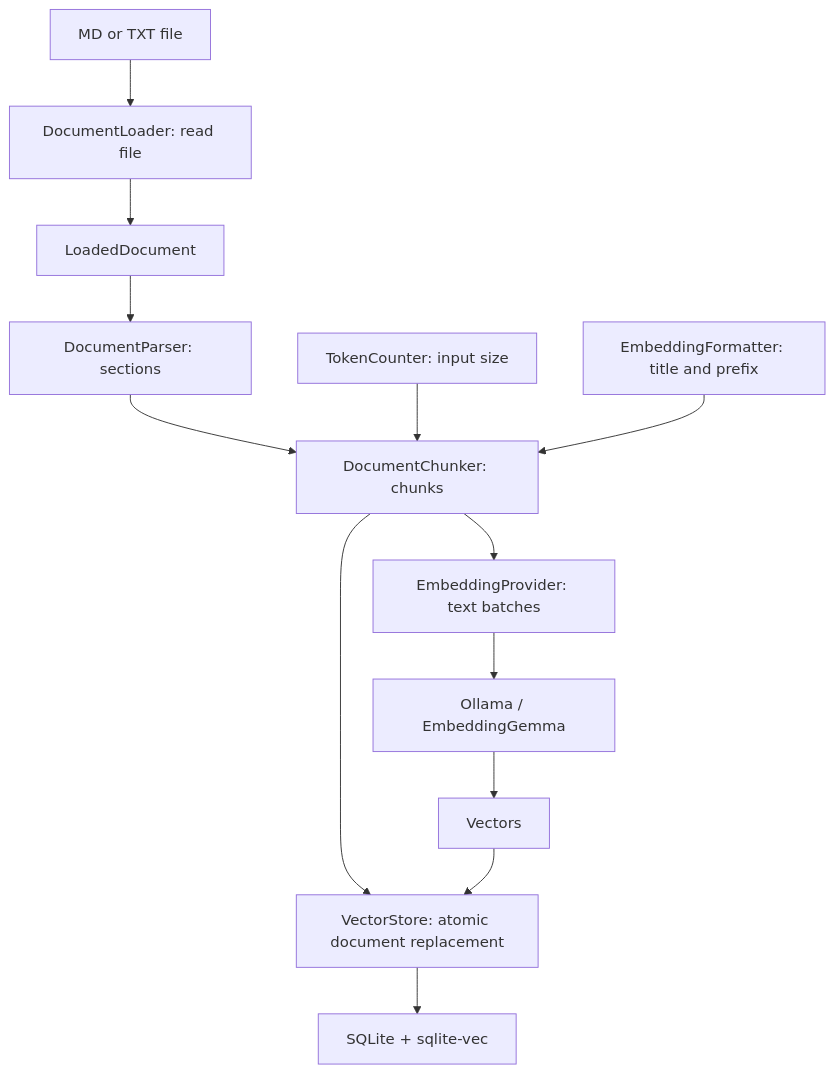
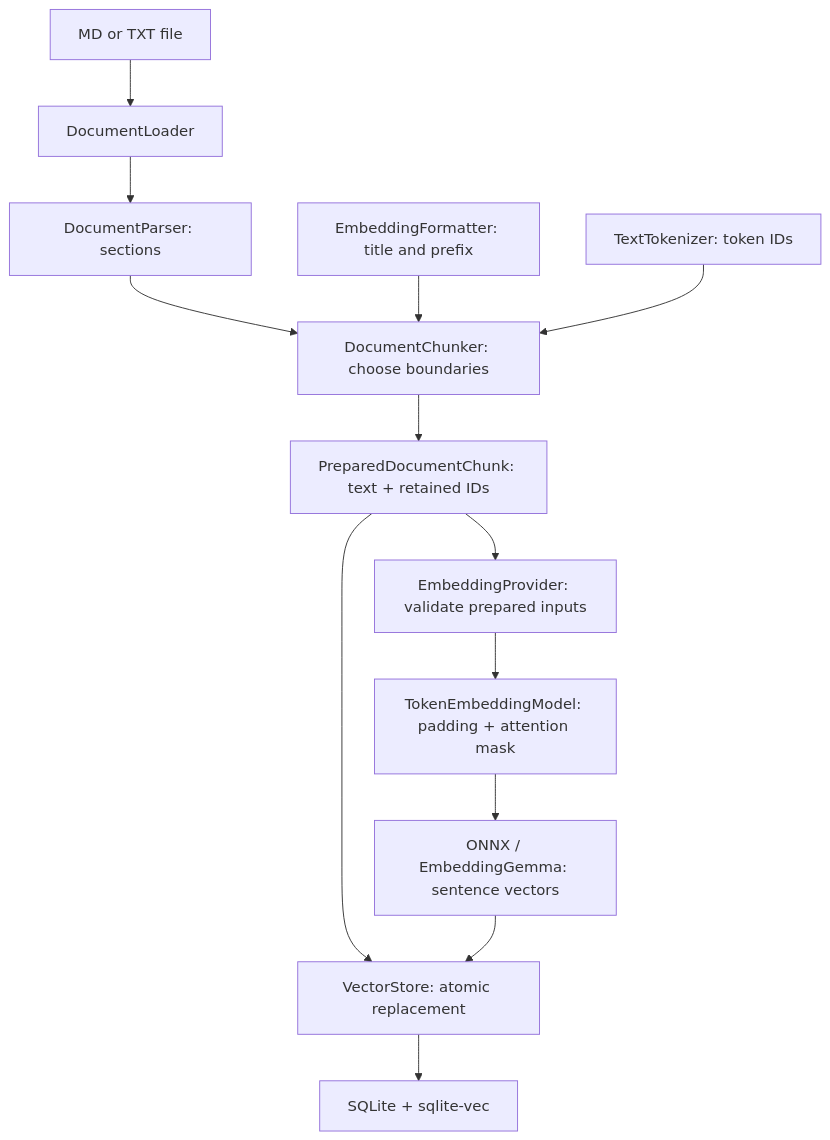
The first of 2 diagrams in README.md (ichernetskii/multimodal-rag-knowledge-base), drawn with Mermaid before and after one commit. The commit also changed other lines of this file and 30 other files, not shown here.

````diff
--- a/README.md
+++ b/README.md
@@ -74,15 +90,15 @@
 ```mermaid
 flowchart TD
-  F["MD or TXT file"] --> L["DocumentLoader: read file"]
-  L --> D["LoadedDocument"]
-  D --> P["DocumentParser: sections"]
-  P --> C["DocumentChunker: chunks"]
-  T["TokenCounter: input size"] --> C
+  F["MD or TXT file"] --> L["DocumentLoader"]
+  L --> P["DocumentParser: sections"]
+  P --> C["DocumentChunker: choose boundaries"]
   M["EmbeddingFormatter: title and prefix"] --> C
-  C --> B["EmbeddingProvider: text batches"]
-  B --> O["Ollama / EmbeddingGemma"]
-  O --> V["Vectors"]
-  C --> S["VectorStore: atomic document replacement"]
-  V --> S
+  T["TextTokenizer: token IDs"] --> C
+  C --> D["PreparedDocumentChunk: text + retained IDs"]
+  D --> E["EmbeddingProvider: validate prepared inputs"]
+  E --> R["TokenEmbeddingModel: padding + attention mask"]
+  R --> O["ONNX / EmbeddingGemma: sentence vectors"]
+  D --> S["VectorStore: atomic replacement"]
+  O --> S
   S --> DB["SQLite + sqlite-vec"]
 ```
````
